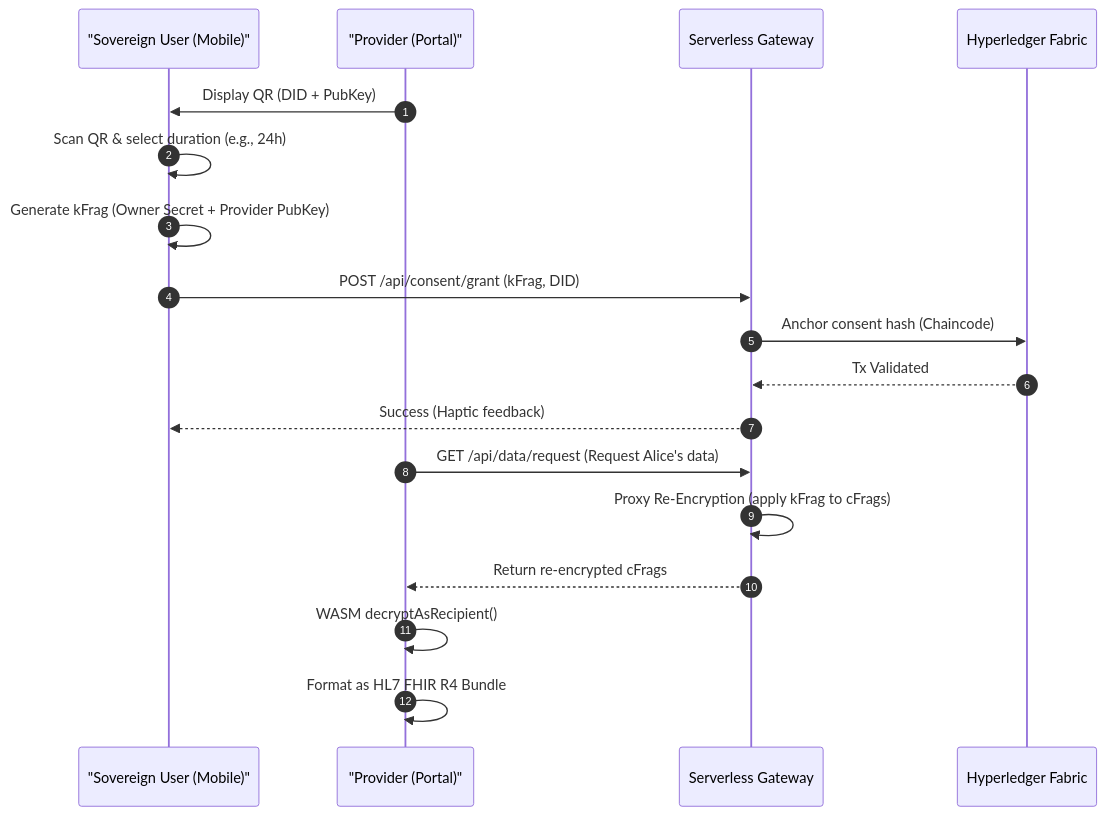
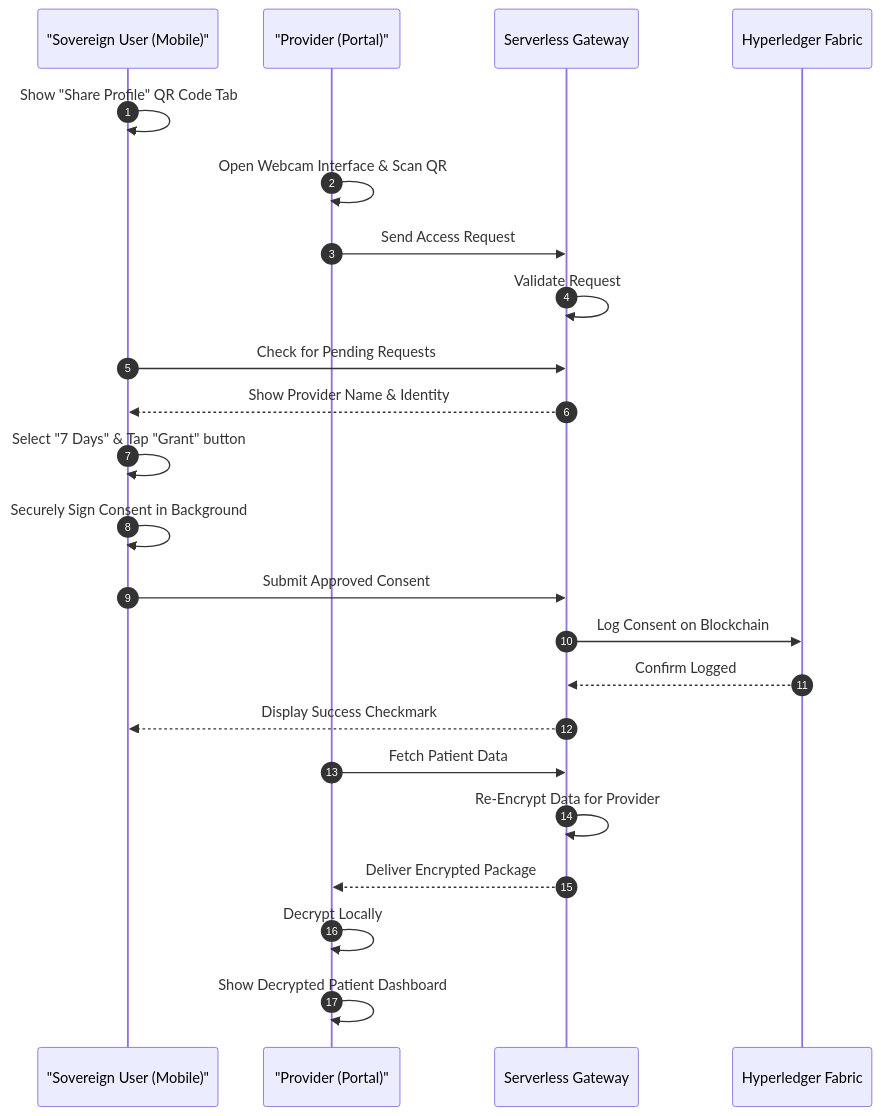
The second of 4 diagrams in docs/unified_product_roadmap_v1.md (williamt46/locket-monorepo), drawn with Mermaid before and after one commit. The commit also changed other lines of this file, not shown here.

Commit message:
Restore Unified Product Roadmap V1 from brain artifact

````diff
--- a/docs/unified_product_roadmap_v1.md
+++ b/docs/unified_product_roadmap_v1.md
@@ -87,22 +94,27 @@
 ```mermaid
 sequenceDiagram
     autonumber
     participant Alice as "Sovereign User (Mobile)"
     participant Provider as "Provider (Portal)"
     participant Gateway as Serverless Gateway
     participant Fabric as Hyperledger Fabric
     
-    Provider->>Alice: Display QR (DID + PubKey)
-    Alice->>Alice: Scan QR & select duration (e.g., 24h)
-    Alice->>Alice: Generate kFrag (Owner Secret + Provider PubKey)
-    Alice->>Gateway: POST /api/consent/grant (kFrag, DID)
-    Gateway->>Fabric: Anchor consent hash (Chaincode)
-    Fabric-->>Gateway: Tx Validated
-    Gateway-->>Alice: Success (Haptic feedback)
+    Alice->>Alice: Show "Share Profile" QR Code Tab
+    Provider->>Provider: Open Webcam Interface & Scan QR
+    Provider->>Gateway: Send Access Request
+    Gateway->>Gateway: Validate Request
+    Alice->>Gateway: Check for Pending Requests
+    Gateway-->>Alice: Show Provider Name & Identity
+    Alice->>Alice: Select "7 Days" & Tap "Grant" button
+    Alice->>Alice: Securely Sign Consent in Background
+    Alice->>Gateway: Submit Approved Consent
+    Gateway->>Fabric: Log Consent on Blockchain
+    Fabric-->>Gateway: Confirm Logged
+    Gateway-->>Alice: Display Success Checkmark
     
-    Provider->>Gateway: GET /api/data/request (Request Alice's data)
-    Gateway->>Gateway: Proxy Re-Encryption (apply kFrag to cFrags)
-    Gateway-->>Provider: Return re-encrypted cFrags
-    Provider->>Provider: WASM decryptAsRecipient()
-    Provider->>Provider: Format as HL7 FHIR R4 Bundle
+    Provider->>Gateway: Fetch Patient Data
+    Gateway->>Gateway: Re-Encrypt Data for Provider
+    Gateway-->>Provider: Deliver Encrypted Package
+    Provider->>Provider: Decrypt Locally
+    Provider->>Provider: Show Decrypted Patient Dashboard
 ```
````
